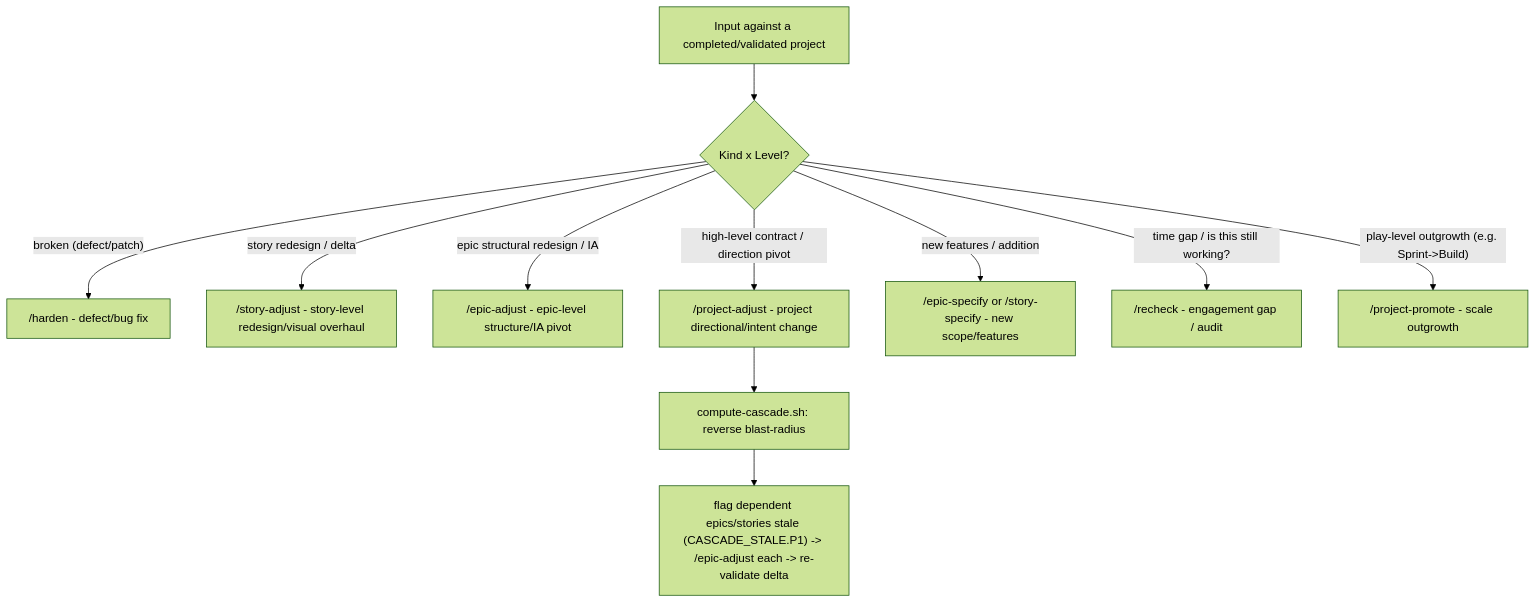
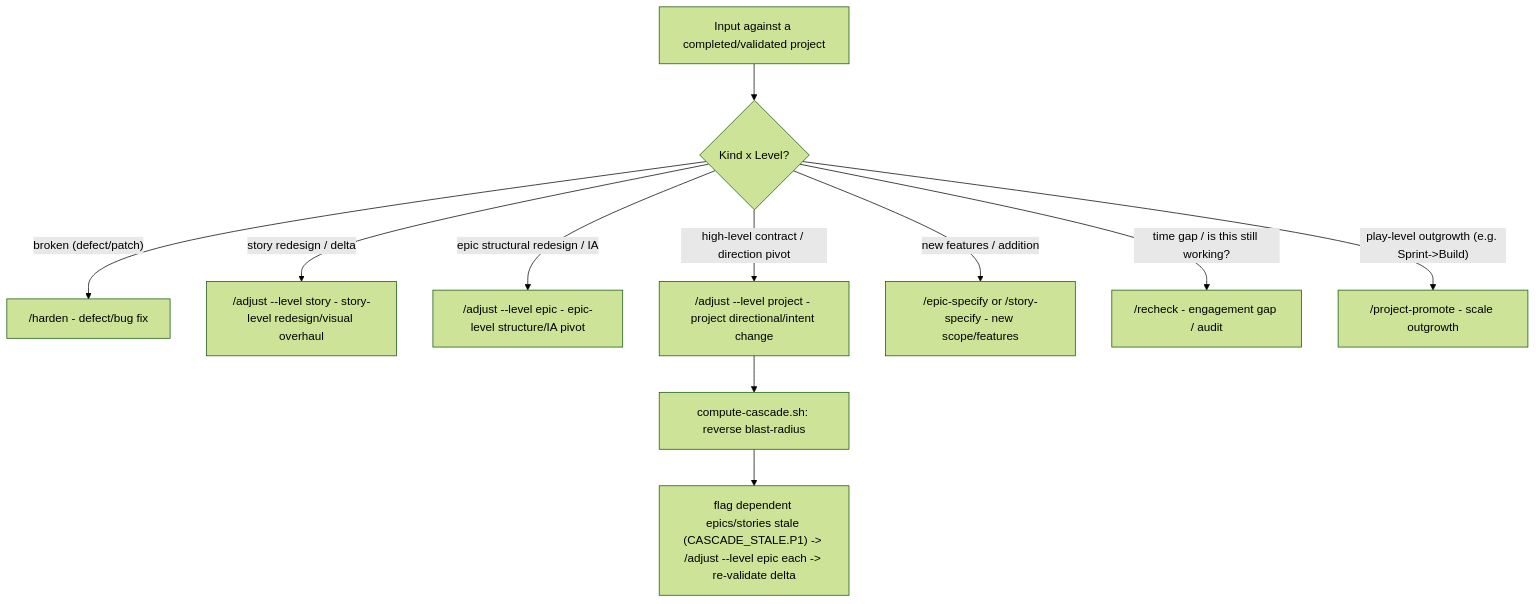
The diagram in .speck/reference/command-phases.md (telum-ai/speck), drawn with Mermaid (forest theme) before and after one commit. The commit also changed other lines of this file and 115 other files, not shown here.

````diff
--- a/.speck/reference/command-phases.md
+++ b/.speck/reference/command-phases.md
@@ -40,24 +40,24 @@
 ```mermaid
 flowchart TD
   input["Input against a completed/validated project"]
   triage{"Kind x Level?"}
   defect["/harden - defect/bug fix"]
-  s["/story-adjust - story-level redesign/visual overhaul"]
-  e["/epic-adjust - epic-level structure/IA pivot"]
-  p["/project-adjust - project directional/intent change"]
+  s["/adjust --level story - story-level redesign/visual overhaul"]
+  e["/adjust --level epic - epic-level structure/IA pivot"]
+  p["/adjust --level project - project directional/intent change"]
   new_scope["/epic-specify or /story-specify - new scope/features"]
   drift["/recheck - engagement gap / audit"]
   promote["/project-promote - scale outgrowth"]
 
   input --> triage
   triage -->|"broken (defect/patch)"| defect
   triage -->|"story redesign / delta"| s
   triage -->|"epic structural redesign / IA"| e
   triage -->|"high-level contract / direction pivot"| p
   triage -->|"new features / addition"| new_scope
   triage -->|"time gap / is this still working?"| drift
   triage -->|"play-level outgrowth (e.g. Sprint->Build)"| promote
 
   p --> cascade["compute-cascade.sh: reverse blast-radius"]
-  cascade --> fanout["flag dependent epics/stories stale (CASCADE_STALE.P1) -> /epic-adjust each -> re-validate delta"]
+  cascade --> fanout["flag dependent epics/stories stale (CASCADE_STALE.P1) -> /adjust --level epic each -> re-validate delta"]
 ```
````
